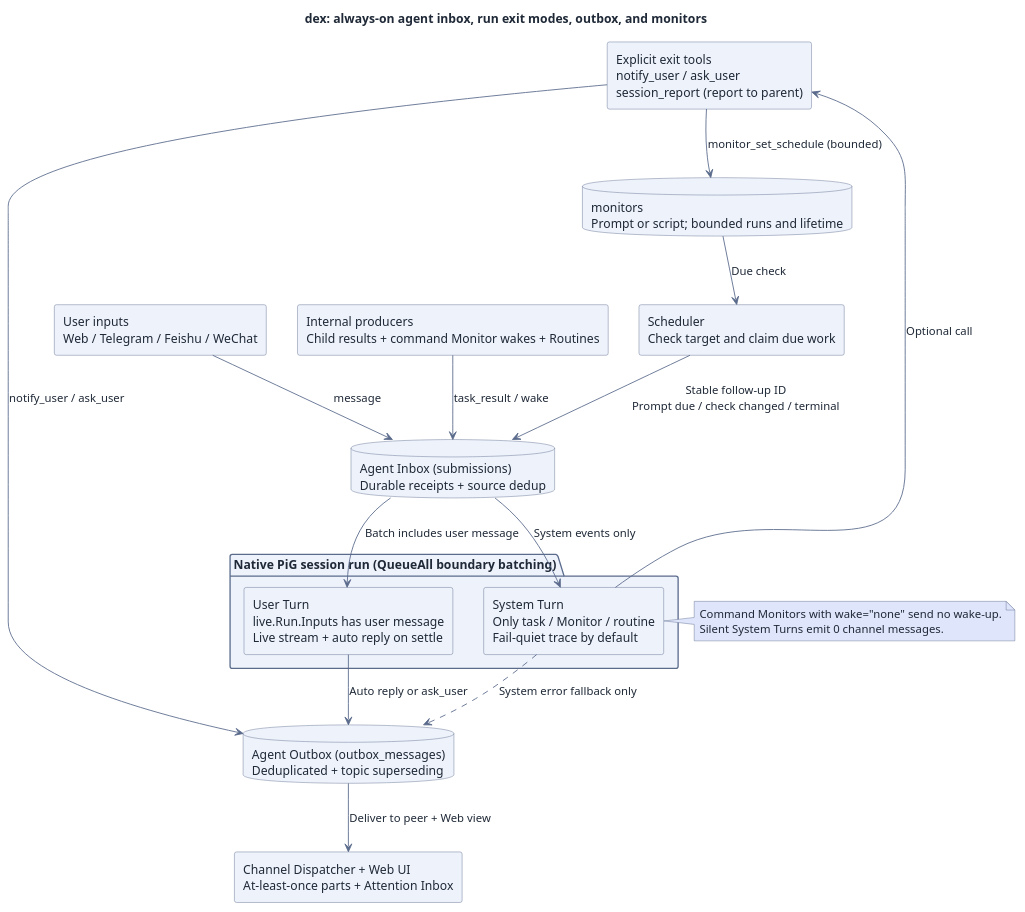
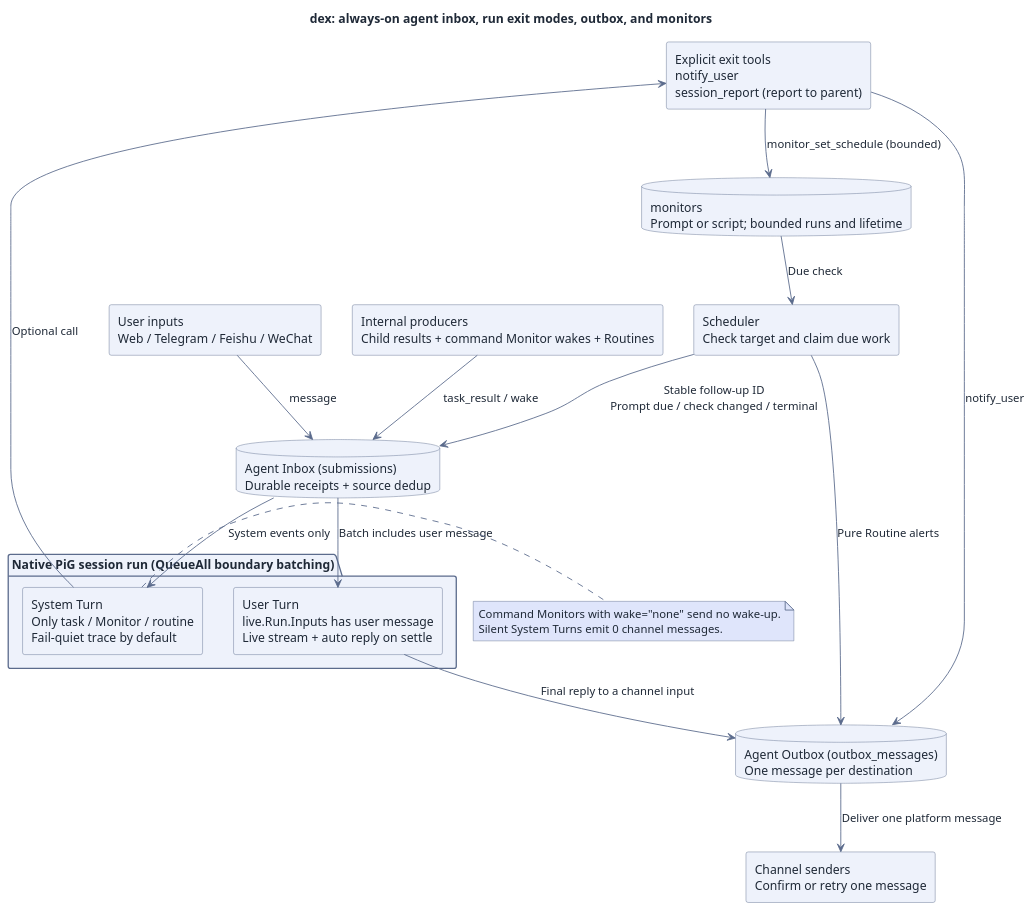
Before and after one commit to recally-io/dex: the diagram in docs/assets/src/always-on-flow.puml, drawn with PlantUML. The commit also changed 110 other files, not shown here.

First line of the commit message:
control: Send one platform message per Outbox delivery (#328)

```diff
--- a/docs/assets/src/always-on-flow.puml
+++ b/docs/assets/src/always-on-flow.puml
@@ -1,55 +1,55 @@
 @startuml
 skinparam RectangleBackgroundColor #eef2fb
 skinparam RectangleBorderColor #5b6b8c
 skinparam RectangleFontColor #1f2937
 skinparam DatabaseBackgroundColor #eef2fb
 skinparam DatabaseBorderColor #5b6b8c
 skinparam DatabaseFontColor #1f2937
 skinparam PackageBackgroundColor #eef2fb
 skinparam PackageBorderColor #5b6b8c
 skinparam DefaultFontColor #1f2937
 skinparam ArrowColor #5b6b8c
 skinparam ArrowFontColor #1f2937
 skinparam NoteBackgroundColor #dfe5fb
 skinparam NoteBorderColor #5b6b8c
 skinparam NoteFontColor #1f2937
 skinparam BackgroundColor #ffffff
 title dex: always-on agent inbox, run exit modes, outbox, and monitors
 top to bottom direction
 
 rectangle "User inputs\nWeb / Telegram / Feishu / WeChat" as user_in
 rectangle "Internal producers\nChild results + command Monitor wakes + Routines" as sys_in
 database "monitors\nPrompt or script; bounded runs and lifetime" as monitors
 rectangle "Scheduler\nCheck target and claim due work" as sched
 
 database "Agent Inbox (submissions)\nDurable receipts + source dedup" as inbox
 
 package "Native PiG session run (QueueAll boundary batching)" as run {
   rectangle "User Turn\nlive.Run.Inputs has user message\nLive stream + auto reply on settle" as user_turn
   rectangle "System Turn\nOnly task / Monitor / routine\nFail-quiet trace by default" as sys_turn
 }
 
-rectangle "Explicit exit tools\nnotify_user / ask_user\nsession_report (report to parent)" as tools
-database "Agent Outbox (outbox_messages)\nDeduplicated + topic superseding" as outbox
-rectangle "Channel Dispatcher + Web UI\nAt-least-once parts + Attention Inbox" as dispatch
+rectangle "Explicit exit tools\nnotify_user\nsession_report (report to parent)" as tools
+database "Agent Outbox (outbox_messages)\nOne message per destination" as outbox
+rectangle "Channel senders\nConfirm or retry one message" as dispatch
 
 monitors --> sched : Due check
 sched --> inbox : Stable follow-up ID\nPrompt due / check changed / terminal
 user_in --> inbox : message
 sys_in --> inbox : task_result / wake
 
 inbox --> user_turn : Batch includes user message
 inbox --> sys_turn : System events only
 
-user_turn --> outbox : Auto reply or ask_user
+user_turn --> outbox : Final reply to a channel input
 sys_turn --> tools : Optional call
-tools --> outbox : notify_user / ask_user
+tools --> outbox : notify_user
 tools --> monitors : monitor_set_schedule (bounded)
-sys_turn ..> outbox : System error fallback only
 
-outbox --> dispatch : Deliver to peer + Web view
+sched --> outbox : Pure Routine alerts
+outbox --> dispatch : Deliver one platform message
 note right of sys_turn
   Command Monitors with wake="none" send no wake-up.
   Silent System Turns emit 0 channel messages.
 end note
 @enduml
```
